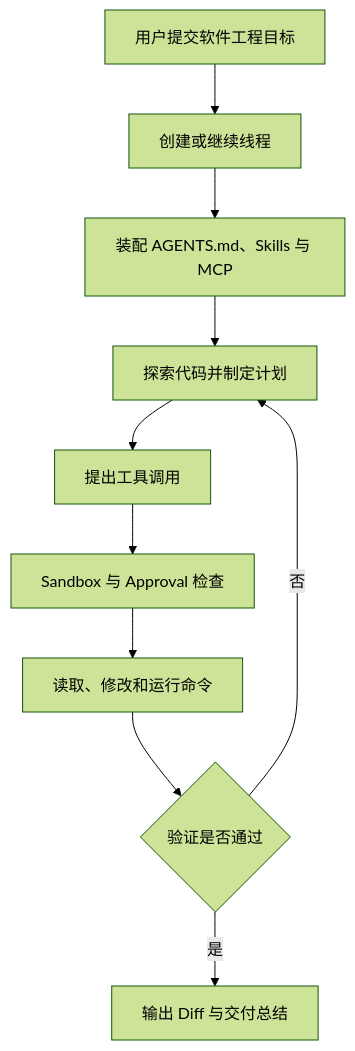
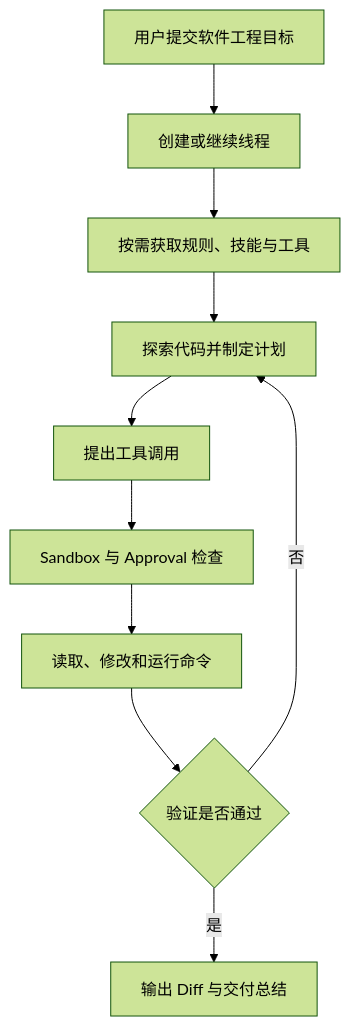
Before and after one commit to GuoWWWX/knowledge-base: the diagram in 10-AI应用开发/09-标杆产品拆解/Codex/99-Codex总结与复习.md, drawn with Mermaid (forest theme). The commit also changed other lines of this file and 368 other files, not shown here.

````diff
--- a/10-AI应用开发/09-标杆产品拆解/Codex/99-Codex总结与复习.md
+++ b/10-AI应用开发/09-标杆产品拆解/Codex/99-Codex总结与复习.md
@@ -27,12 +29,12 @@
 ```mermaid
 flowchart TD
     A["用户提交软件工程目标"] --> B["创建或继续线程"]
-    B --> C["装配 AGENTS.md、Skills 与 MCP"]
+    B --> C["按需获取规则、技能与工具"]
     C --> D["探索代码并制定计划"]
     D --> E["提出工具调用"]
     E --> F["Sandbox 与 Approval 检查"]
     F --> G["读取、修改和运行命令"]
     G --> H{"验证是否通过"}
     H -->|否| D
     H -->|是| I["输出 Diff 与交付总结"]
 ```
````
